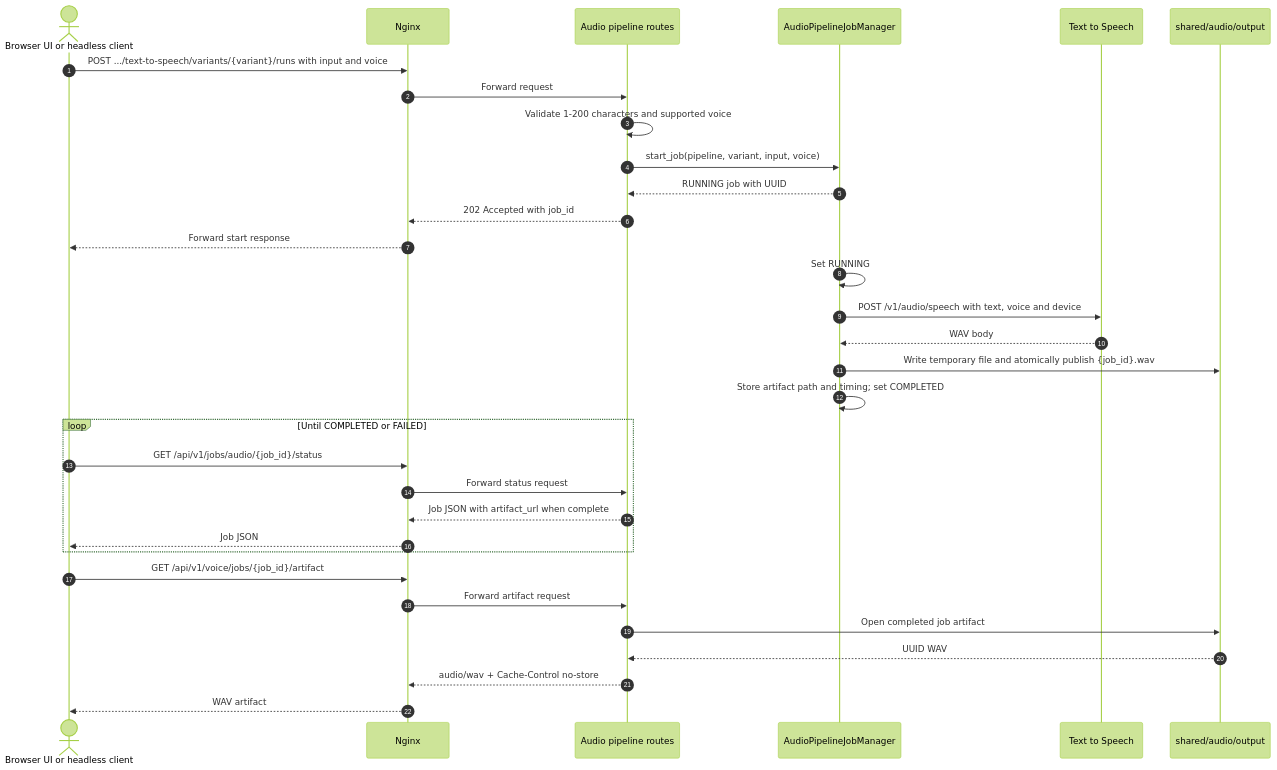
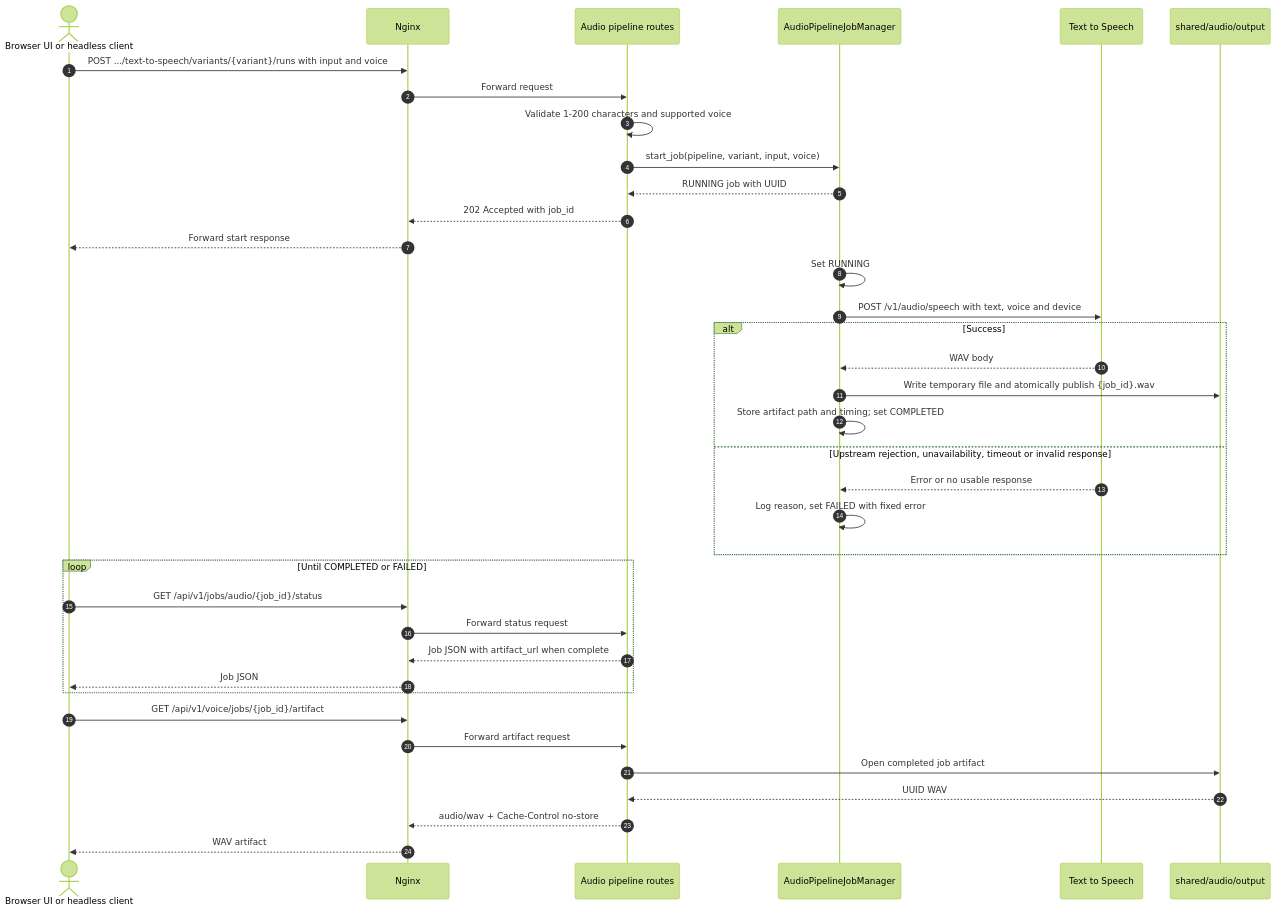
The seventh of 9 diagrams in tools/visual-pipeline-and-platform-evaluation-tool/docs/user-guide/developer-guide/voice-architecture.md (open-edge-platform/edge-ai-libraries), drawn with Mermaid (forest theme) before and after one commit. The commit also changed other lines of this file and 2 other files, not shown here.

````diff
--- a/tools/visual-pipeline-and-platform-evaluation-tool/docs/user-guide/developer-guide/voice-architecture.md
+++ b/tools/visual-pipeline-and-platform-evaluation-tool/docs/user-guide/developer-guide/voice-architecture.md
@@ -367,34 +417,39 @@
 ```mermaid
 sequenceDiagram
   autonumber
   actor Client as Browser UI or headless client
   participant Web as Nginx
   participant API as Audio pipeline routes
   participant Jobs as AudioPipelineJobManager
   participant TTS as Text to Speech
   participant Store as shared/audio/output
   Client->>Web: POST .../text-to-speech/variants/{variant}/runs with input and voice
   Web->>API: Forward request
   API->>API: Validate 1-200 characters and supported voice
   API->>Jobs: start_job(pipeline, variant, input, voice)
   Jobs-->>API: RUNNING job with UUID
   API-->>Web: 202 Accepted with job_id
   Web-->>Client: Forward start response
   Jobs->>Jobs: Set RUNNING
   Jobs->>TTS: POST /v1/audio/speech with text, voice and device
-  TTS-->>Jobs: WAV body
-  Jobs->>Store: Write temporary file and atomically publish {job_id}.wav
-  Jobs->>Jobs: Store artifact path and timing#59; set COMPLETED
+  alt Success
+    TTS-->>Jobs: WAV body
+    Jobs->>Store: Write temporary file and atomically publish {job_id}.wav
+    Jobs->>Jobs: Store artifact path and timing#59; set COMPLETED
+  else Upstream rejection, unavailability, timeout or invalid response
+    TTS-->>Jobs: Error or no usable response
+    Jobs->>Jobs: Log reason, set FAILED with fixed error
+  end
   loop Until COMPLETED or FAILED
     Client->>Web: GET /api/v1/jobs/audio/{job_id}/status
     Web->>API: Forward status request
     API-->>Web: Job JSON with artifact_url when complete
     Web-->>Client: Job JSON
   end
   Client->>Web: GET /api/v1/voice/jobs/{job_id}/artifact
   Web->>API: Forward artifact request
   API->>Store: Open completed job artifact
   Store-->>API: UUID WAV
   API-->>Web: audio/wav + Cache-Control no-store
   Web-->>Client: WAV artifact
 ```
````
